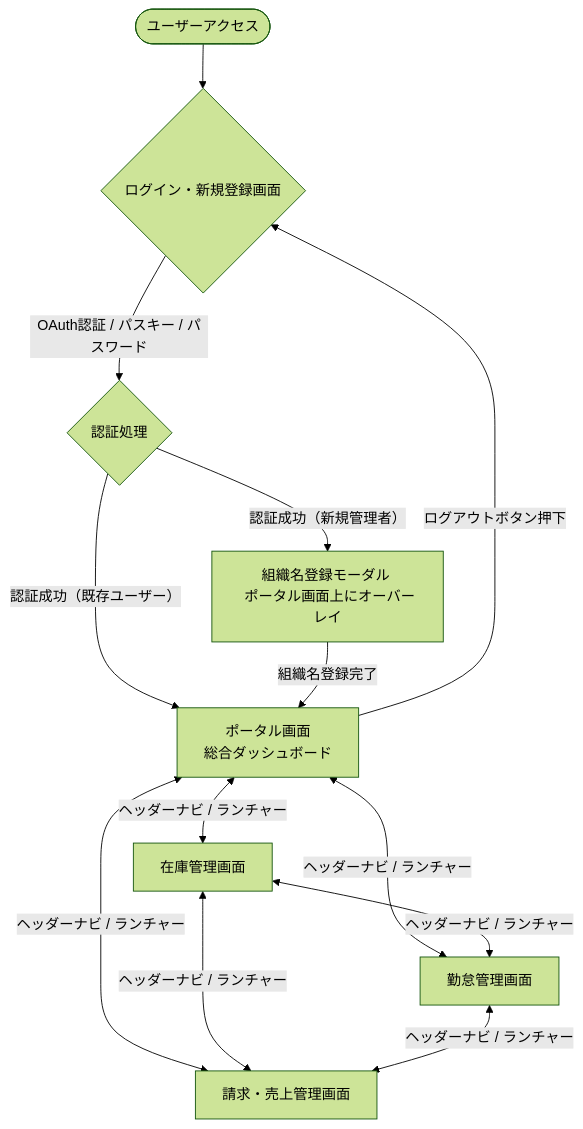
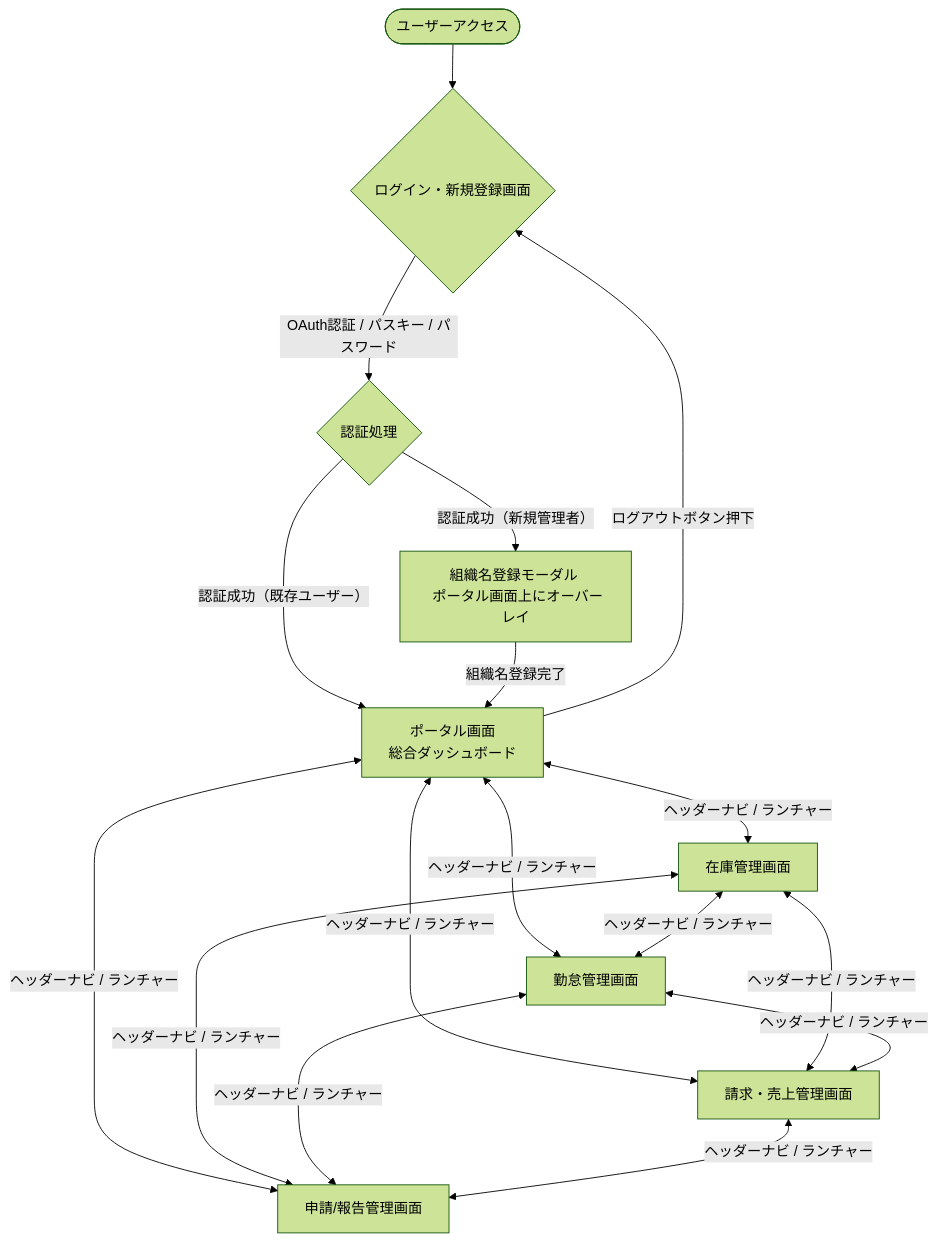
Before and after one commit to nomux2/worknity: the diagram in _doc/基本設計書.md, drawn with Mermaid (forest theme). The commit also changed other lines of this file and 197 other files, not shown here.

````diff
--- a/_doc/基本設計書.md
+++ b/_doc/基本設計書.md
@@ -55,21 +58,25 @@
 ```mermaid
 graph TD
     Start([ユーザーアクセス]) --> Login{ログイン・新規登録画面}
     
     %% 認証処理
     Login -->|OAuth認証 / パスキー / パスワード| AuthProcess{認証処理}
     AuthProcess -->|認証成功（既存ユーザー）| Portal[ポータル画面 <br> 総合ダッシュボード]
     AuthProcess -->|認証成功（新規管理者）| SetupModal[組織名登録モーダル <br> ポータル画面上にオーバーレイ]
     SetupModal -->|組織名登録完了| Portal
     
     %% ヘッダーナビゲーションによる相互遷移
     Portal <-->|ヘッダーナビ / ランチャー| Stocks[在庫管理画面]
     Portal <-->|ヘッダーナビ / ランチャー| Attendance[勤怠管理画面]
     Portal <-->|ヘッダーナビ / ランチャー| Billing[請求・売上管理画面]
+    Portal <-->|ヘッダーナビ / ランチャー| Reports[申請/報告管理画面]
     Stocks <-->|ヘッダーナビ / ランチャー| Attendance
     Stocks <-->|ヘッダーナビ / ランチャー| Billing
+    Stocks <-->|ヘッダーナビ / ランチャー| Reports
     Attendance <-->|ヘッダーナビ / ランチャー| Billing
+    Attendance <-->|ヘッダーナビ / ランチャー| Reports
+    Billing <-->|ヘッダーナビ / ランチャー| Reports
     
     %% ログアウト
     Portal -->|ログアウトボタン押下| Login
 ```
````
